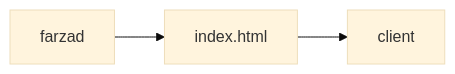
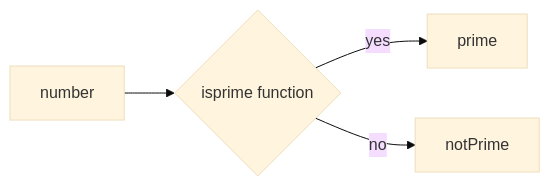
Before and after one commit to farzad-rezaei/myFirst-Taban-Project-: the diagram in README.md, drawn with Mermaid (base theme). The commit also changed other lines of this file and 1 other file, not shown here.

Commit message:
create isprime file

````diff
--- a/README.md
+++ b/README.md
@@ -20,6 +20,9 @@
 ```mermaid
 graph LR;
-  farzad-->index.html --> client;
+number -->  func{isprime function}
+func --yes--> prime
+func--no --> notPrime
+
   
 ;
 ```
````
